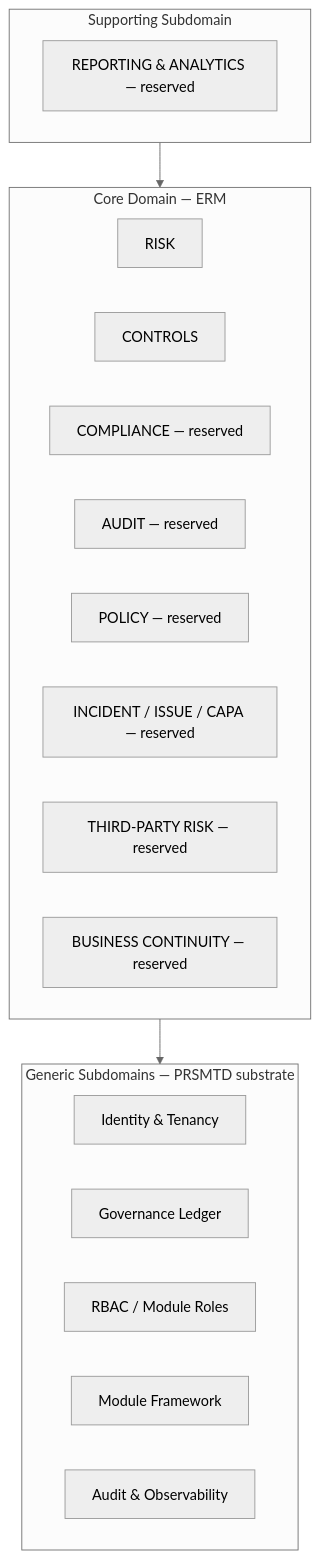
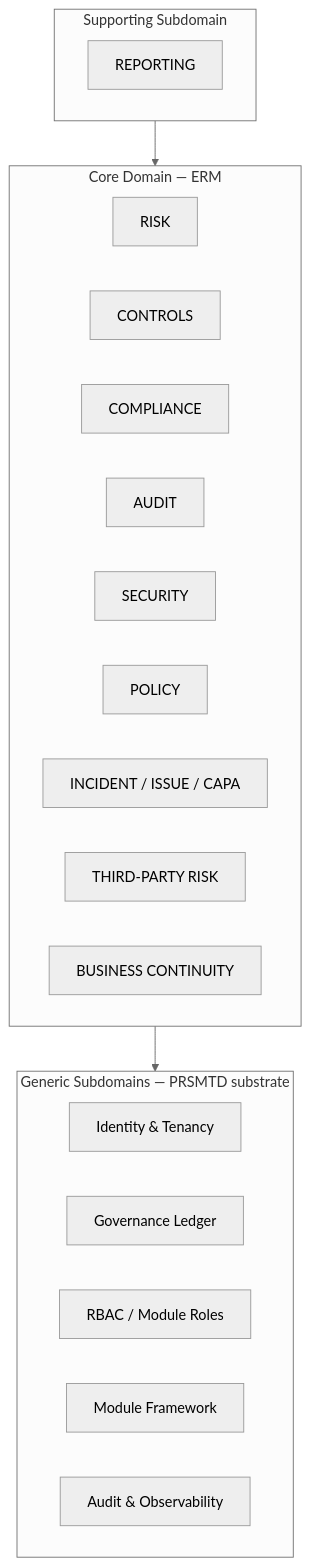
The first of 2 diagrams in docs/04-domain-model/01-enterprise-domain-model.md (saumitranaik/ERM), drawn with Mermaid (neutral theme) before and after one commit. The commit also changed other lines of this file and 13 other files, not shown here.

````diff
--- a/docs/04-domain-model/01-enterprise-domain-model.md
+++ b/docs/04-domain-model/01-enterprise-domain-model.md
@@ -229,25 +229,26 @@
 ```mermaid
 flowchart TB
     subgraph Generic["Generic Subdomains — PRSMTD substrate"]
         ID[Identity & Tenancy]
         GOV[Governance Ledger]
         RBAC[RBAC / Module Roles]
         MODFW[Module Framework]
         AUD[Audit & Observability]
     end
     subgraph Core["Core Domain — ERM"]
         RISK[RISK]
         CONTROLS[CONTROLS]
-        COMPLIANCE[COMPLIANCE — reserved]
-        AUDIT[AUDIT — reserved]
-        POLICY[POLICY — reserved]
-        INCIDENT[INCIDENT / ISSUE / CAPA — reserved]
-        TPR[THIRD-PARTY RISK — reserved]
-        BCP[BUSINESS CONTINUITY — reserved]
+        COMPLIANCE[COMPLIANCE]
+        AUDIT[AUDIT]
+        SECURITY[SECURITY]
+        POLICY[POLICY]
+        INCIDENT[INCIDENT / ISSUE / CAPA]
+        TPR[THIRD-PARTY RISK]
+        BCP[BUSINESS CONTINUITY]
     end
     subgraph Supporting["Supporting Subdomain"]
-        REPORT[REPORTING & ANALYTICS — reserved]
+        REPORT[REPORTING]
     end
     Core --> Generic
     Supporting --> Core
 ```
````
